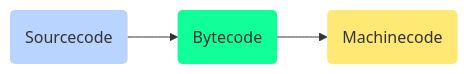
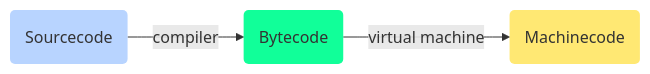
One commit to avimehenwal/plangs changed the diagram in frontend/docs/javascript/guide/compiler.md. Above: the diagram before and after it, drawn with Mermaid. The commit also changed other lines of this file and 31 other files, not shown here.

````diff
--- a/frontend/docs/javascript/guide/compiler.md
+++ b/frontend/docs/javascript/guide/compiler.md
@@ -22,13 +27,13 @@
 ```mermaid
 graph LR
 A(Sourcecode):::blue
 B(Bytecode):::green
 C(Machinecode):::yellow
-A --> B --> C
+A -- compiler --> B -- virtual machine --> C
 classDef green fill:#1f9,stroke-width:0px;
 classDef yellow fill:#FFE873,stroke-width:0px;
 classDef blue fill:#b8d4ff,stroke-width:0px;
 click A "https://en.wikipedia.org/wiki/Just-in-time_compilation" "Click to open wikipedia"
 click B "https://en.wikipedia.org/wiki/Bytecode" "Click to open wikipedia"
 click C "https://en.wikipedia.org/wiki/Just-in-time_compilation" "Click to open wikipedia"
 ```
````
